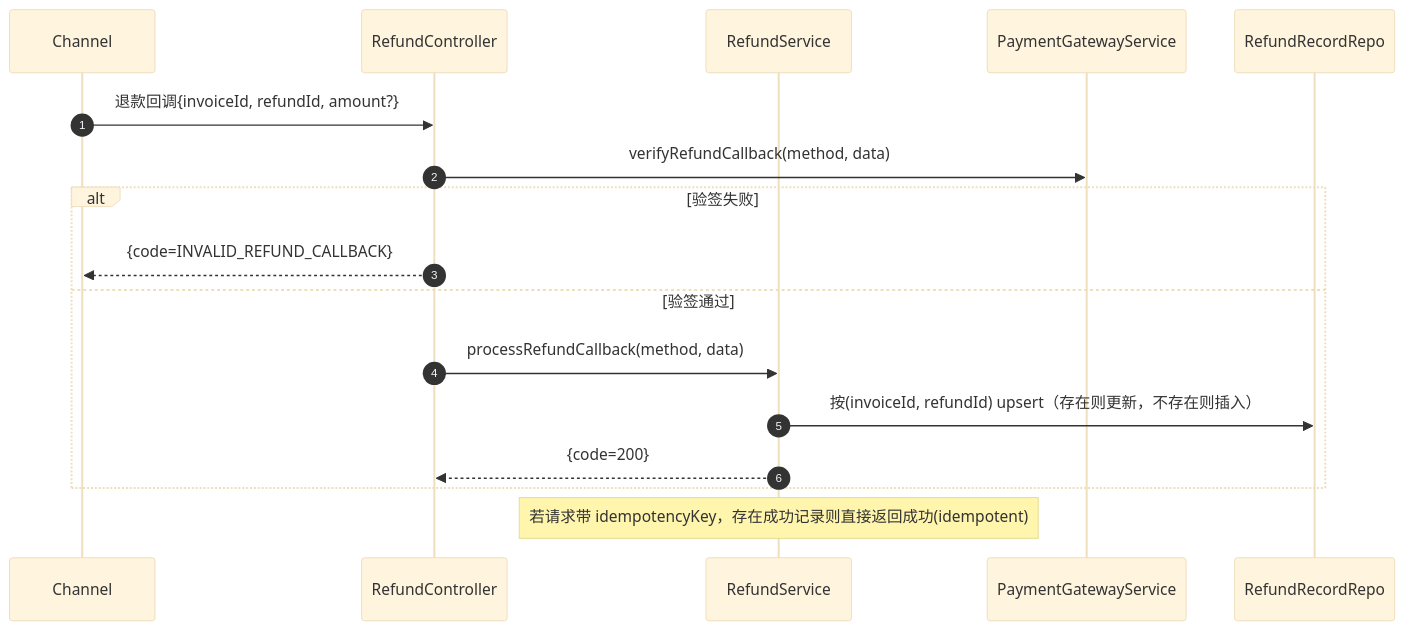
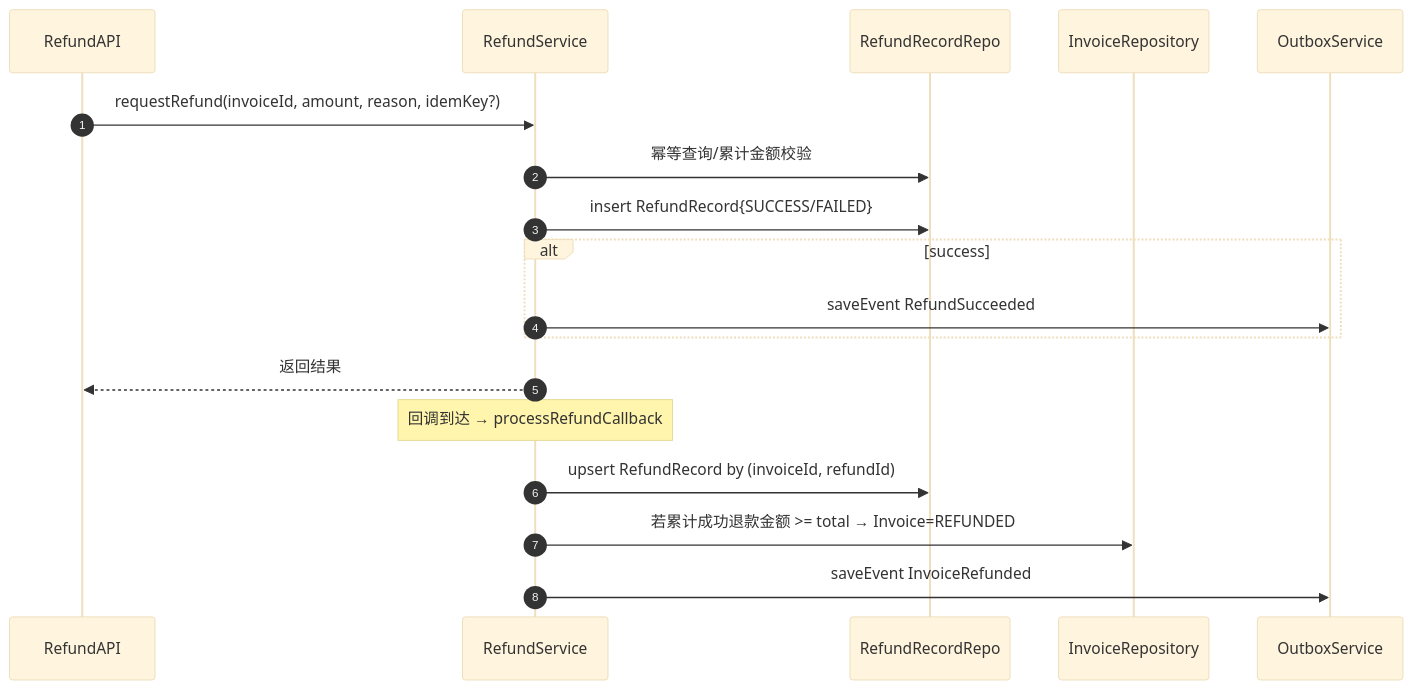
One commit to rosestack/rose-playground changed the tenth of 11 diagrams in rose-backend/rose-service/rose-billing-service/docs/billing-domain-model.md. Above: the diagram before and after it, drawn with Mermaid (base theme). The commit also changed other lines of this file and 33 other files, not shown here.

Commit message:
refactor: 重构计费核心实体与状态管理，完善发票币种、价格快照及支付记录细节字段，标准化支付/退款状态流转(PENDING/SUCCESS/FAILED)，增强支付回调幂等处理与金额核对机制，优化订阅、用量、退款关联关系及财务模型可观测性

````diff
--- a/rose-backend/rose-service/rose-billing-service/docs/billing-domain-model.md
+++ b/rose-backend/rose-service/rose-billing-service/docs/billing-domain-model.md
@@ -294,21 +261,21 @@
 ```mermaid
 sequenceDiagram
   autonumber
-  participant CH as Channel
-  participant RC as RefundController
+  participant API as RefundAPI
   participant RS as RefundService
-  participant GW as PaymentGatewayService
   participant RR as RefundRecordRepo
+  participant IR as InvoiceRepository
+  participant OB as OutboxService
 
-  CH->>RC: 退款回调{invoiceId, refundId, amount?}
-  RC->>GW: verifyRefundCallback(method, data)
-  alt 验签失败
-    RC-->>CH: {code=INVALID_REFUND_CALLBACK}
-  else 验签通过
-    RC->>RS: processRefundCallback(method, data)
-    RS->>RR: 按(invoiceId, refundId) upsert（存在则更新，不存在则插入）
-    RS-->>RC: {code=200}
+  API->>RS: requestRefund(invoiceId, amount, reason, idemKey?)
+  RS->>RR: 幂等查询/累计金额校验
+  RS->>RR: insert RefundRecord{SUCCESS/FAILED}
+  alt success
+    RS->>OB: saveEvent RefundSucceeded
   end
-
-  note over RS: 若请求带 idempotencyKey，存在成功记录则直接返回成功(idempotent)
+  RS-->>API: 返回结果
+  Note over RS: 回调到达 → processRefundCallback
+  RS->>RR: upsert RefundRecord by (invoiceId, refundId)
+  RS->>IR: 若累计成功退款金额 >= total → Invoice=REFUNDED
+  RS->>OB: saveEvent InvoiceRefunded
 ```
````
